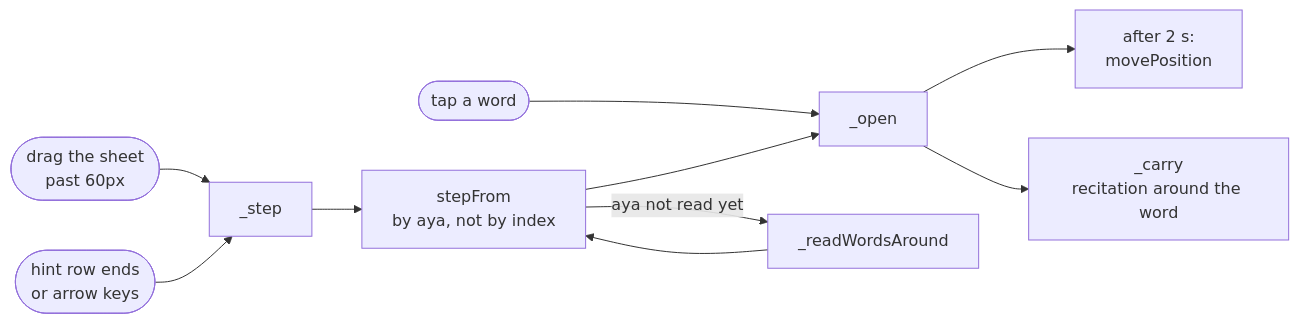
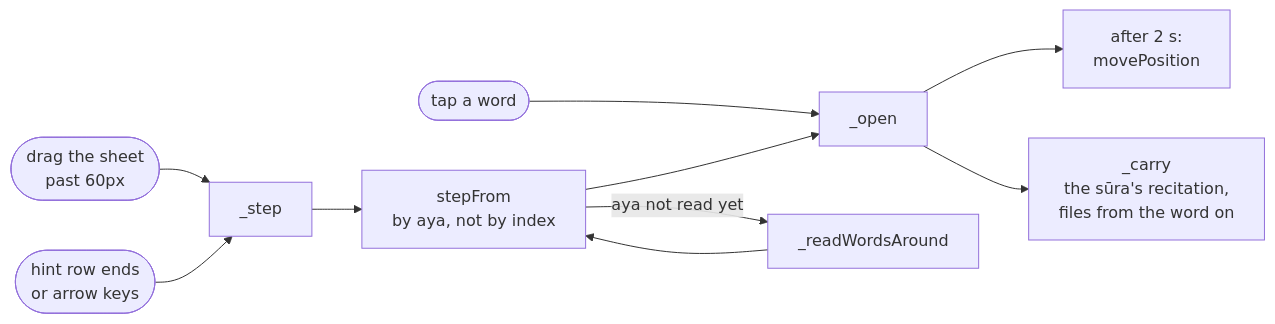
Before and after one commit to MohammadBnei/wird: the fifth of 8 diagrams in docs/architecture/app/sets-and-reader.md, drawn with Mermaid. The commit also changed other lines of this file and 21 other files, not shown here.

````diff
--- a/docs/architecture/app/sets-and-reader.md
+++ b/docs/architecture/app/sets-and-reader.md
@@ -231,12 +231,12 @@
 ```mermaid
 flowchart LR
   tap(["tap a word"]) --> open["_open"]
   swipe(["drag the sheet<br/>past 60px"]) --> step["_step"]
   arrows(["hint row ends<br/>or arrow keys"]) --> step
   step --> walk["stepFrom<br/>by aya, not by index"]
   walk -->|"aya not read yet"| read["_readWordsAround"]
   read --> walk
   walk --> open
   open --> settle["after 2 s:<br/>movePosition"]
-  open --> carry["_carry<br/>recitation around the word"]
+  open --> carry["_carry<br/>the sūra's recitation,<br/>files from the word on"]
 ```
````
